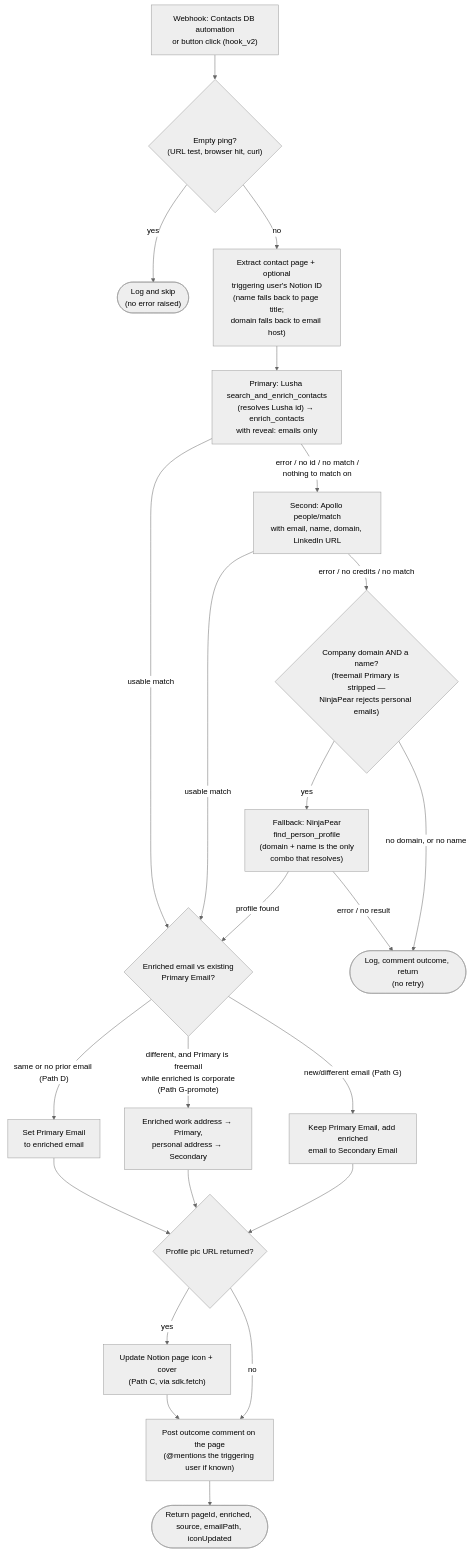
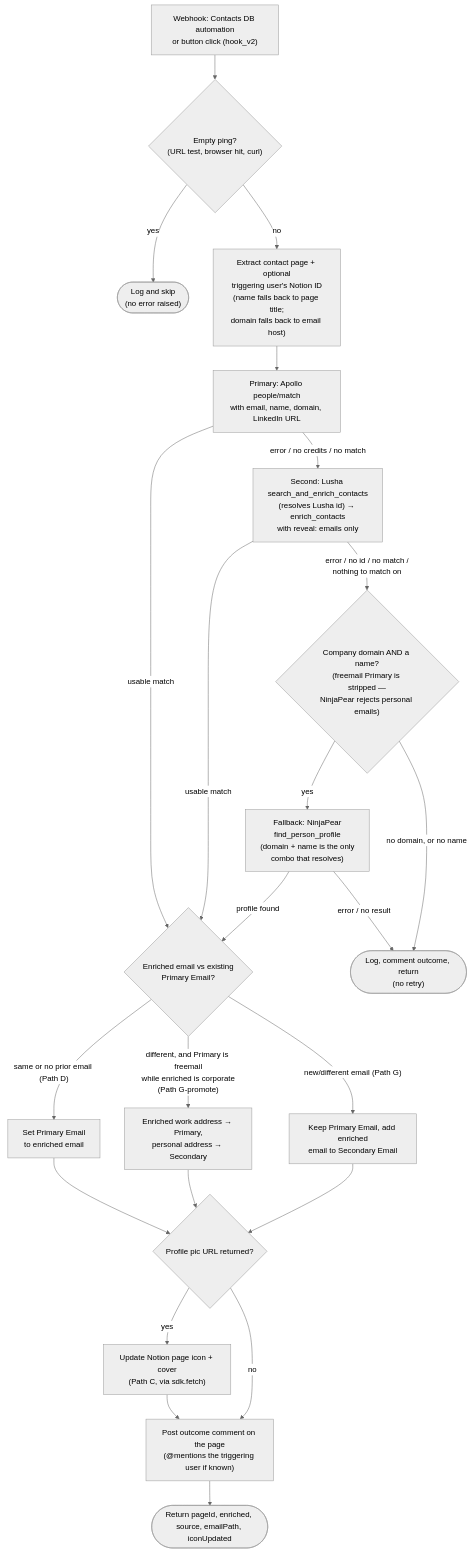
Before and after one commit to work-flowers/zapier-sdk: the diagram in enrich-contact-records/README.md, drawn with Mermaid (neutral theme). The commit also changed other lines of this file and 3 other files, not shown here.

First line of the commit message:
feat: flip enrichment order back to Apollo first, Lusha second

````diff
--- a/enrich-contact-records/README.md
+++ b/enrich-contact-records/README.md
@@ -120,24 +122,24 @@
 ```mermaid
 flowchart TD
     A["Webhook: Contacts DB automation<br/>or button click (hook_v2)"] --> P{"Empty ping?<br/>(URL test, browser hit, curl)"}
     P -- yes --> PS(["Log and skip<br/>(no error raised)"])
     P -- no --> B["Extract contact page + optional<br/>triggering user's Notion ID<br/>(name falls back to page title;<br/>domain falls back to email host)"]
-    B --> LU["Primary: Lusha search_and_enrich_contacts<br/>(resolves Lusha id) → enrich_contacts<br/>with reveal: emails only"]
+    B --> AP["Primary: Apollo people/match<br/>with email, name, domain, LinkedIn URL"]
+    AP -- "usable match" --> E
+    AP -- "error / no credits / no match" --> LU["Second: Lusha search_and_enrich_contacts<br/>(resolves Lusha id) → enrich_contacts<br/>with reveal: emails only"]
     LU -- "usable match" --> E
-    LU -- "error / no id / no match /<br/>nothing to match on" --> AP["Second: Apollo people/match<br/>with email, name, domain, LinkedIn URL"]
-    AP -- "usable match" --> E
-    AP -- "error / no credits / no match" --> NPG{"Company domain AND a name?<br/>(freemail Primary is stripped —<br/>NinjaPear rejects personal emails)"}
+    LU -- "error / no id / no match /<br/>nothing to match on" --> NPG{"Company domain AND a name?<br/>(freemail Primary is stripped —<br/>NinjaPear rejects personal emails)"}
     NPG -- "yes" --> NP["Fallback: NinjaPear<br/>find_person_profile<br/>(domain + name is the only<br/>combo that resolves)"]
     NPG -- "no domain, or no name" --> D
     NP -- "profile found" --> E{"Enriched email vs existing<br/>Primary Email?"}
     NP -- "error / no result" --> D(["Log, comment outcome, return<br/>(no retry)"])
     E -- "same or no prior email (Path D)" --> F["Set Primary Email<br/>to enriched email"]
     E -- "different, and Primary is freemail<br/>while enriched is corporate<br/>(Path G-promote)" --> GP["Enriched work address → Primary,<br/>personal address → Secondary"]
     E -- "new/different email (Path G)" --> G["Keep Primary Email, add enriched<br/>email to Secondary Email"]
     F --> H{"Profile pic URL returned?"}
     GP --> H
     G --> H
     H -- yes --> I["Update Notion page icon + cover<br/>(Path C, via sdk.fetch)"] --> J
     H -- no --> J["Post outcome comment on the page<br/>(@mentions the triggering user if known)"]
     J --> K(["Return pageId, enriched, source, emailPath, iconUpdated"])
 ```
````
